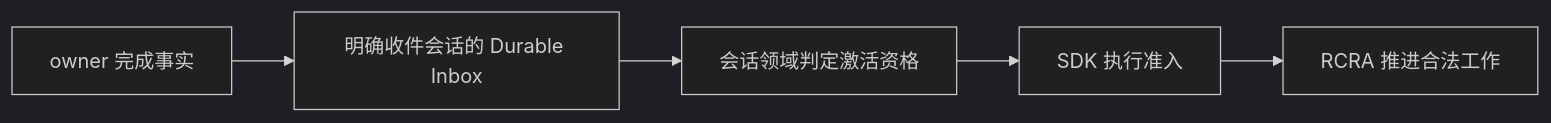
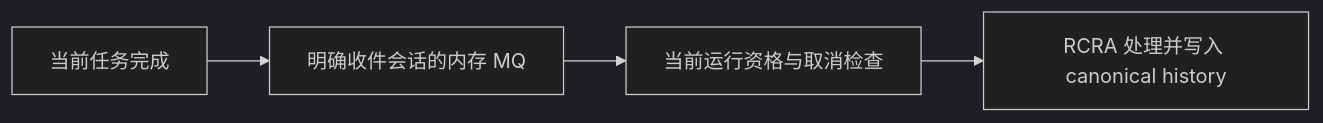
One commit to KonghaYao/peri changed the fourth of 4 diagrams in docs/design/architecture.md. Above: the diagram before and after it, drawn with Mermaid (dark theme). The commit also changed other lines of this file and 367 other files, not shown here.

Commit message:
refactor: remove durable execution recovery and retain session history

````diff
--- a/docs/design/architecture.md
+++ b/docs/design/architecture.md
@@ -211,7 +210,6 @@
 ```mermaid
 flowchart LR
-    Bg[owner 完成事实] --> I[明确收件会话的 Durable Inbox]
-    I --> P[会话领域判定激活资格]
-    P --> SDK[SDK 执行准入]
-    SDK --> A[RCRA 推进合法工作]
+    Bg[当前任务完成] --> I[明确收件会话的内存 MQ]
+    I --> P[当前运行资格与取消检查]
+    P --> A[RCRA 处理并写入 canonical history]
 ```
````
